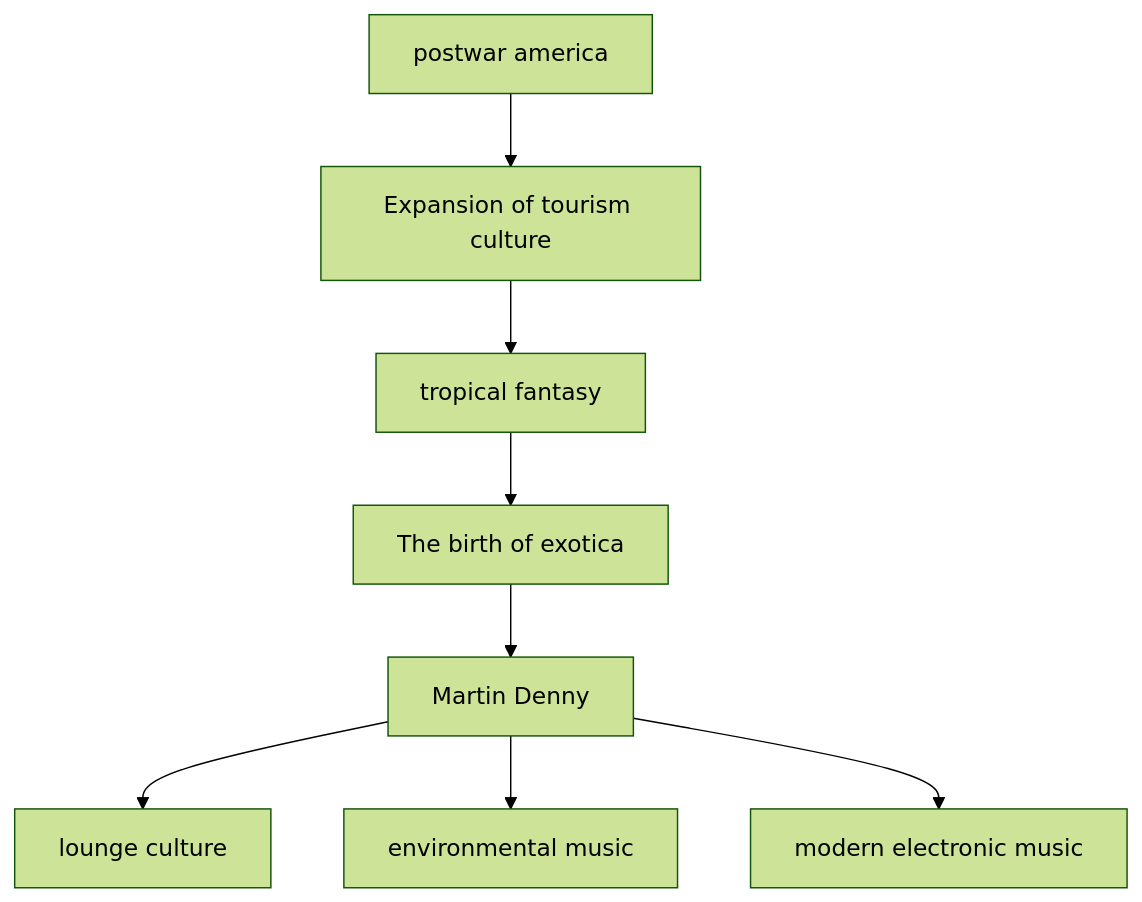
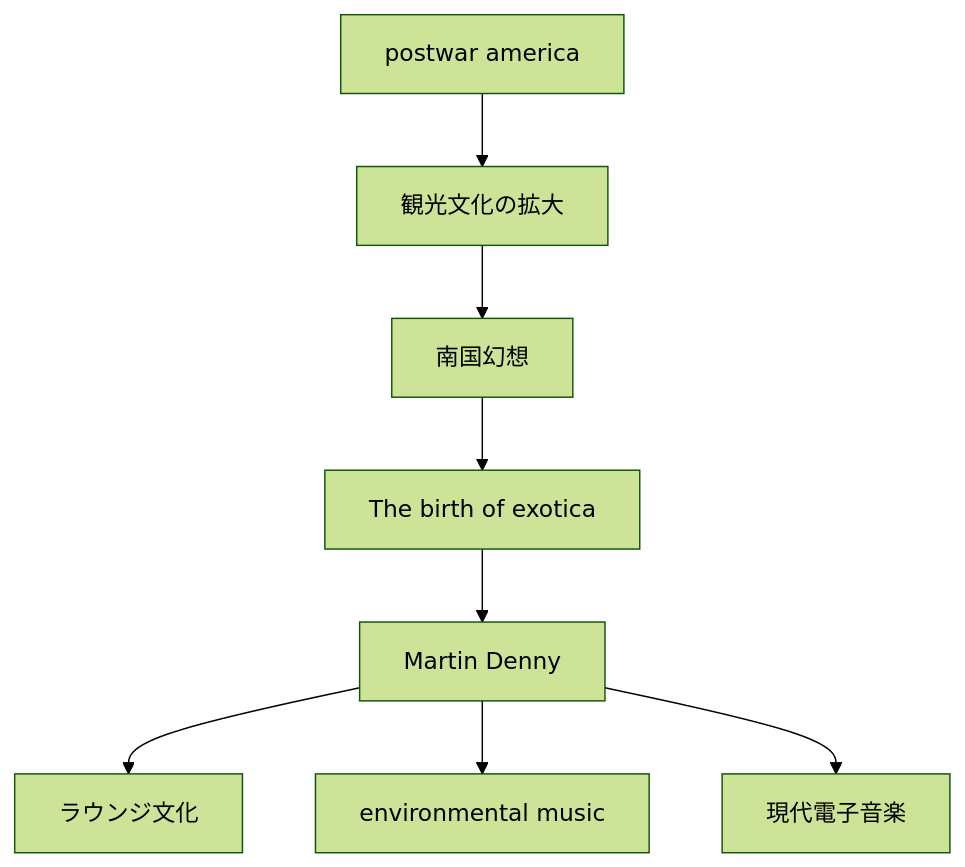
The first of 8 diagrams in en/_posts/2026-05-24-column-martin-denny.md (monumental-movement/monumental-movement.github.io), drawn with Mermaid (forest theme) before and after one commit. The commit also changed other lines of this file and 2196 other files, not shown here.

```diff
--- a/en/_posts/2026-05-24-column-martin-denny.md
+++ b/en/_posts/2026-05-24-column-martin-denny.md
@@ -62,10 +62,10 @@
 <div class="mermaid">
 graph TD
-A[postwar america] --> B[Expansion of tourism culture]
-B --> C[tropical fantasy]
+A[postwar america] --> B[観光文化の拡大]
+B --> C[南国幻想]
 C --> D[The birth of exotica]
 D --> E[Martin Denny]
-E --> F[lounge culture]
+E --> F[ラウンジ文化]
 E --> G[environmental music]
-E --> H[modern electronic music]
+E --> H[現代電子音楽]
 </div>
```
